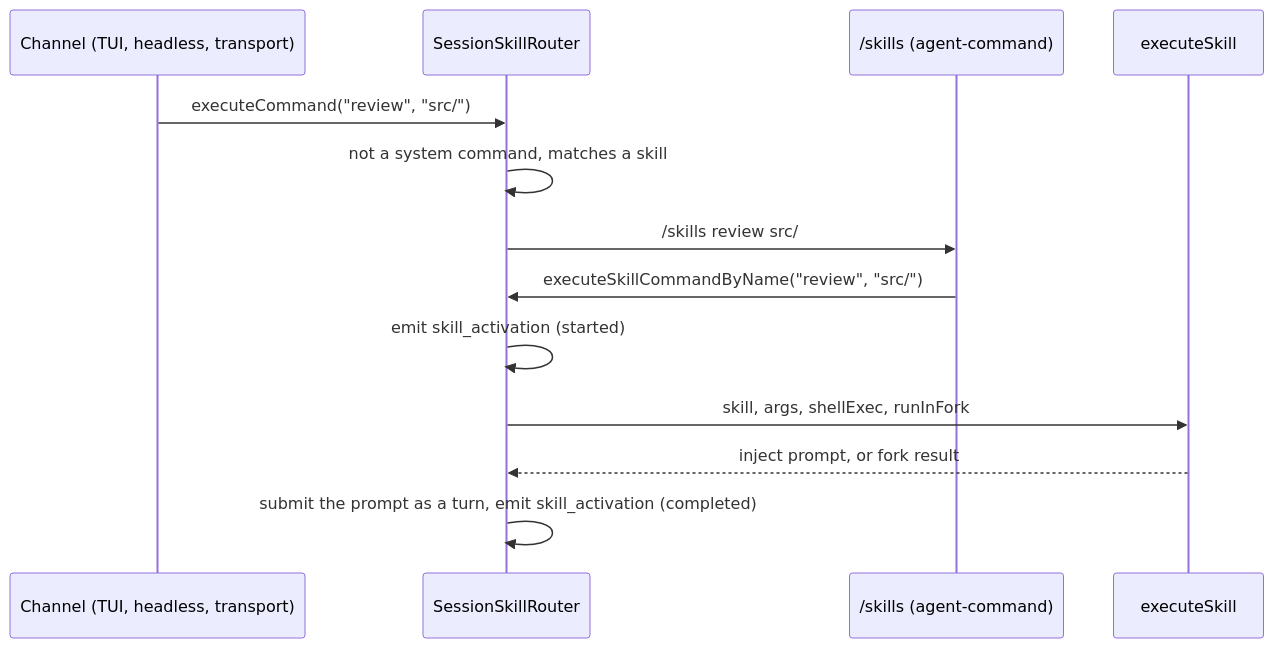
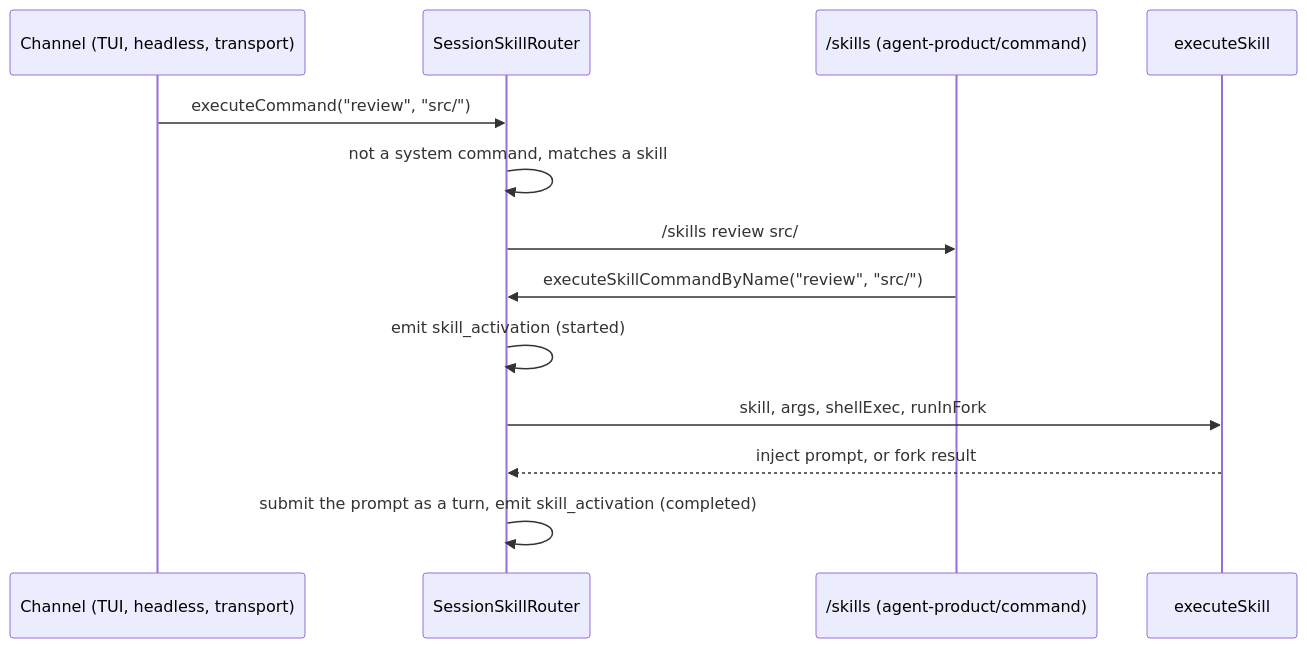
Before and after one commit to woojubb/robota: the diagram in packages/agent-cli/docs/design/command-registry.md, drawn with Mermaid. The commit also changed other lines of this file and 85 other files, not shown here.

````diff
--- a/packages/agent-cli/docs/design/command-registry.md
+++ b/packages/agent-cli/docs/design/command-registry.md
@@ -74,15 +74,15 @@
 ```mermaid
 sequenceDiagram
     participant Ch as Channel (TUI, headless, transport)
     participant R as SessionSkillRouter
-    participant K as /skills (agent-command)
+    participant K as /skills (agent-product/command)
     participant E as executeSkill
     Ch->>R: executeCommand("review", "src/")
     R->>R: not a system command, matches a skill
     R->>K: /skills review src/
     K->>R: executeSkillCommandByName("review", "src/")
     R->>R: emit skill_activation (started)
     R->>E: skill, args, shellExec, runInFork
     E-->>R: inject prompt, or fork result
     R->>R: submit the prompt as a turn, emit skill_activation (completed)
 ```
````
